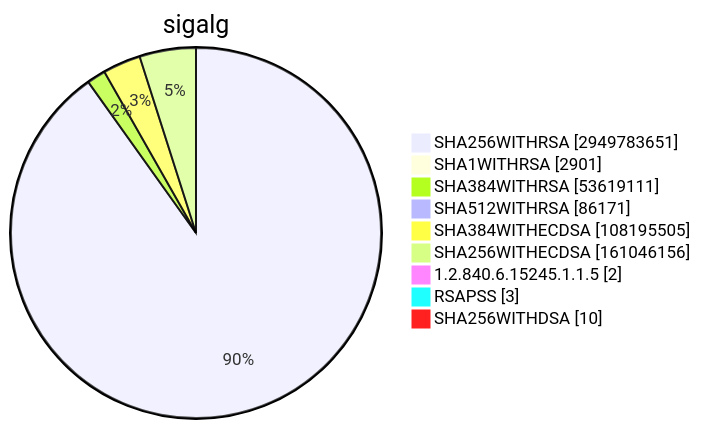
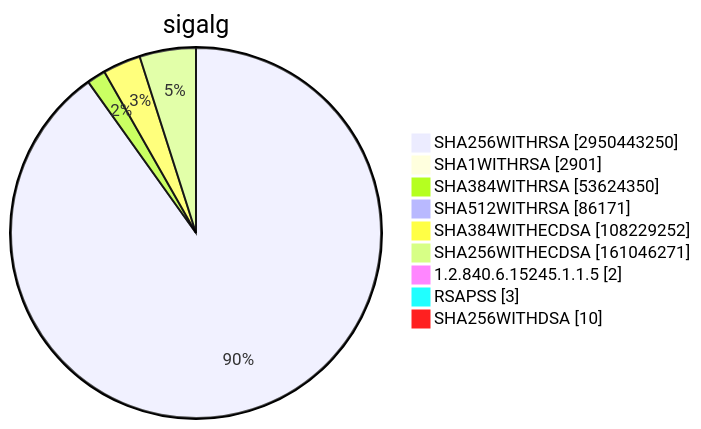
Diagram 15 of 15 in TOTAL/README.md (christiankrug/ctmonitor_visualization), drawn with Mermaid before and after one commit. The commit also changed other lines of this file, not shown here.

````diff
--- a/TOTAL/README.md
+++ b/TOTAL/README.md
@@ -6207,13 +6207,13 @@
 ```mermaid
 pie showData
 title sigalg
-"SHA256WITHRSA" :2949783651
+"SHA256WITHRSA" :2950443250
 "SHA1WITHRSA" :2901
-"SHA384WITHRSA" :53619111
+"SHA384WITHRSA" :53624350
 "SHA512WITHRSA" :86171
-"SHA384WITHECDSA" :108195505
-"SHA256WITHECDSA" :161046156
+"SHA384WITHECDSA" :108229252
+"SHA256WITHECDSA" :161046271
 "1.2.840.6.15245.1.1.5" :2
 "RSAPSS" :3
 "SHA256WITHDSA" :10
 ```
````
